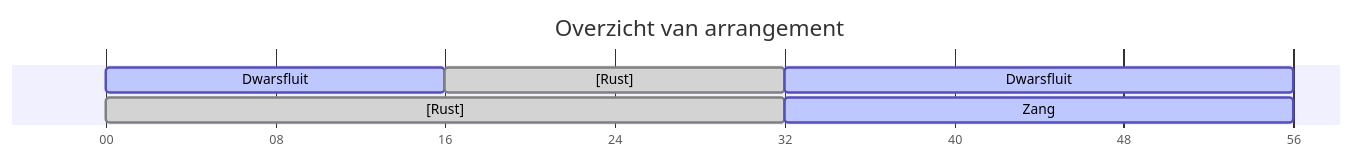
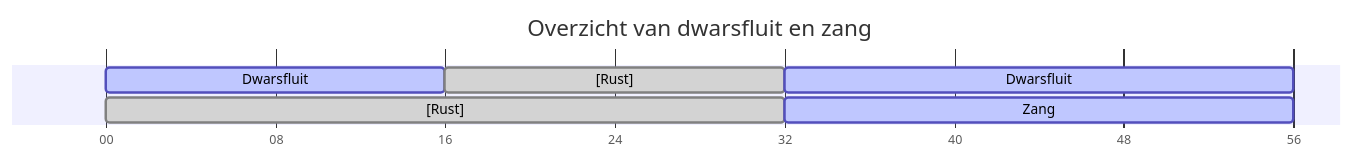
The diagram in src/diagrams/overview-flute-voice.mmd (macabot/gorillaz-mountain), drawn with Mermaid before and after one commit. The commit also changed 6 other files, not shown here.

```diff
--- a/src/diagrams/overview-flute-voice.mmd
+++ b/src/diagrams/overview-flute-voice.mmd
@@ -1,15 +1,15 @@
 ---
 displayMode: compact
 ---
 gantt
-    title Overzicht van arrangement
+    title Overzicht van dwarsfluit en zang
     dateFormat mm:ss
     axisFormat %S
     tickInterval 8second
 
     Dwarsfluit          :active, 00:00, 00:16
     [Rust]              :done,   00:16, 00:32
     Dwarsfluit          :active, 00:32, 00:56
 
     [Rust]              :done,   00:00, 00:32
     Zang                :active, 00:32, 00:56
```
